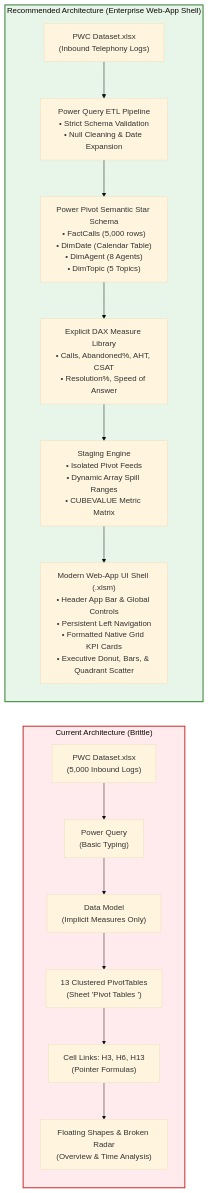
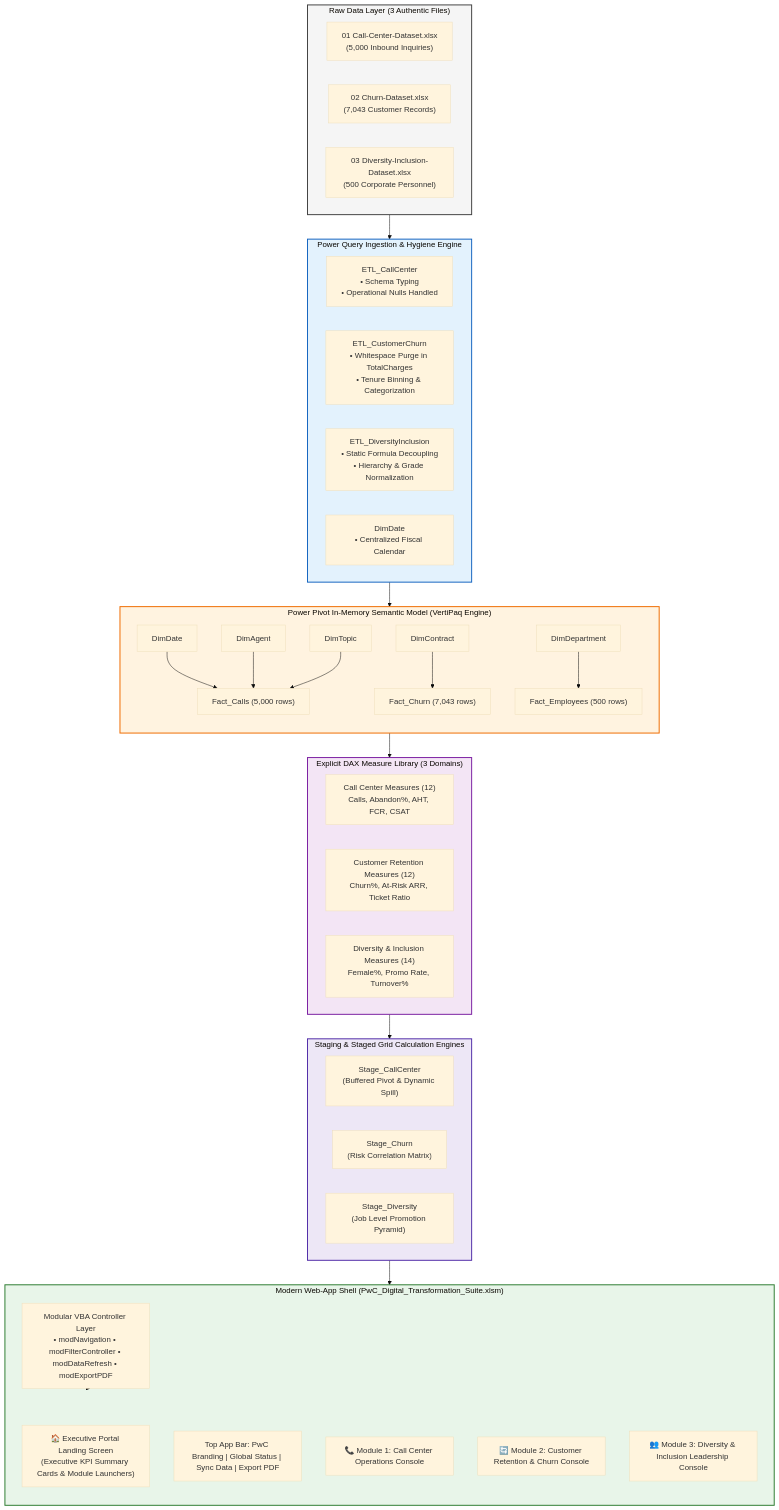
The second of 2 diagrams in 06_Projects/Call Center Performance Analysis/Dashboard Architecture Assessment.md (Sohila-Khaled-Abbas/COURSE-EXCEL-ZERO-TO-HERO), drawn with Mermaid (base theme) before and after one commit. The commit also changed other lines of this file and 15 other files, not shown here.

Commit message:
feat(auto-sync): update 06_Projects\Call Center Performance Analysis\Dashboard UX Specification.md [2026-10-01 16:26:22]

````diff
--- a/06_Projects/Call Center Performance Analysis/Dashboard Architecture Assessment.md
+++ b/06_Projects/Call Center Performance Analysis/Dashboard Architecture Assessment.md
@@ -206,23 +115,70 @@
 ```mermaid
-flowchart LR
-    subgraph CURRENT ["Current Architecture (Brittle)"]
-        direction TB
-        RAW1["PWC Dataset.xlsx\n(5,000 Inbound Logs)"] --> PQ1["Power Query\n(Basic Typing)"]
-        PQ1 --> DM1["Data Model\n(Implicit Measures Only)"]
-        DM1 --> PT1["13 Clustered PivotTables\n(Sheet 'Pivot Tables ')"]
-        PT1 --> CELL1["Cell Links: H3, H6, H13\n(Pointer Formulas)"]
-        CELL1 --> UI1["Floating Shapes & Broken Radar\n(Overview & Time Analysis)"]
+flowchart TD
+    subgraph SOURCES ["Raw Data Layer (3 Authentic Files)"]
+        S1["01 Call-Center-Dataset.xlsx\n(5,000 Inbound Inquiries)"]
+        S2["02 Churn-Dataset.xlsx\n(7,043 Customer Records)"]
+        S3["03 Diversity-Inclusion-Dataset.xlsx\n(500 Corporate Personnel)"]
     end
 
-    subgraph TARGET ["Recommended Architecture (Enterprise Web-App Shell)"]
-        direction TB
-        RAW2["PWC Dataset.xlsx\n(Inbound Telephony Logs)"] --> PQ2["Power Query ETL Pipeline\n• Strict Schema Validation\n• Null Cleaning & Date Expansion"]
-        PQ2 --> DM2["Power Pivot Semantic Star Schema\n• FactCalls (5,000 rows)\n• DimDate (Calendar Table)\n• DimAgent (8 Agents)\n• DimTopic (5 Topics)"]
-        DM2 --> DAX2["Explicit DAX Measure Library\n• Calls, Abandoned%, AHT, CSAT\n• Resolution%, Speed of Answer"]
-        DAX2 --> STAGE2["Staging Engine\n• Isolated Pivot Feeds\n• Dynamic Array Spill Ranges\n• CUBEVALUE Metric Matrix"]
-        STAGE2 --> APP2["Modern Web-App UI Shell (.xlsm)\n• Header App Bar & Global Controls\n• Persistent Left Navigation\n• Formatted Native Grid KPI Cards\n• Executive Donut, Bars, & Quadrant Scatter"]
+    subgraph PQ ["Power Query Ingestion & Hygiene Engine"]
+        Q1["ETL_CallCenter\n• Schema Typing\n• Operational Nulls Handled"]
+        Q2["ETL_CustomerChurn\n• Whitespace Purge in TotalCharges\n• Tenure Binning & Categorization"]
+        Q3["ETL_DiversityInclusion\n• Static Formula Decoupling\n• Hierarchy & Grade Normalization"]
+        Q_CAL["DimDate\n• Centralized Fiscal Calendar"]
     end
 
-    style CURRENT fill:#ffebee,stroke:#c62828,stroke-width:2px
-    style TARGET fill:#e8f5e9,stroke:#2e7d32,stroke-width:2px
+    subgraph DM ["Power Pivot In-Memory Semantic Model (VertiPaq Engine)"]
+        direction TB
+        F1["Fact_Calls (5,000 rows)"]
+        F2["Fact_Churn (7,043 rows)"]
+        F3["Fact_Employees (500 rows)"]
+        D_DATE["DimDate"]
+        D_AGENT["DimAgent"]
+        D_TOPIC["DimTopic"]
+        D_CONTRACT["DimContract"]
+        D_DEPT["DimDepartment"]
+        
+        D_DATE --> F1
+        D_AGENT --> F1
+        D_TOPIC --> F1
+        D_CONTRACT --> F2
+        D_DEPT --> F3
+    end
+
+    subgraph DAX ["Explicit DAX Measure Library (3 Domains)"]
+        M1["Call Center Measures (12)\nCalls, Abandon%, AHT, FCR, CSAT"]
+        M2["Customer Retention Measures (12)\nChurn%, At-Risk ARR, Ticket Ratio"]
+        M3["Diversity & Inclusion Measures (14)\nFemale%, Promo Rate, Turnover%"]
+    end
+
+    subgraph STAGE ["Staging & Staged Grid Calculation Engines"]
+        direction LR
+        ST1["Stage_CallCenter\n(Buffered Pivot & Dynamic Spill)"]
+        ST2["Stage_Churn\n(Risk Correlation Matrix)"]
+        ST3["Stage_Diversity\n(Job Level Promotion Pyramid)"]
+    end
+
+    subgraph UI ["Modern Web-App Shell (PwC_Digital_Transformation_Suite.xlsm)"]
+        direction TB
+        PORTAL["🏠 Executive Portal Landing Screen\n(Executive KPI Summary Cards & Module Launchers)"]
+        APP_BAR["Top App Bar: PwC Branding | Global Status | Sync Data | Export PDF"]
+        MOD1["📞 Module 1: Call Center Operations Console"]
+        MOD2["🔄 Module 2: Customer Retention & Churn Console"]
+        MOD3["👥 Module 3: Diversity & Inclusion Leadership Console"]
+        VBA["Modular VBA Controller Layer\n• modNavigation • modFilterController • modDataRefresh • modExportPDF"]
+    end
+
+    SOURCES --> PQ
+    PQ --> DM
+    DM --> DAX
+    DAX --> STAGE
+    STAGE --> UI
+    VBA -.-> UI
+
+    style SOURCES fill:#f5f5f5,stroke:#424242,stroke-width:2px
+    style PQ fill:#e3f2fd,stroke:#1565c0,stroke-width:2px
+    style DM fill:#fff3e0,stroke:#ef6c00,stroke-width:2px
+    style DAX fill:#f3e5f5,stroke:#7b1fa2,stroke-width:2px
+    style STAGE fill:#ede7f6,stroke:#512da8,stroke-width:2px
+    style UI fill:#e8f5e9,stroke:#2e7d32,stroke-width:2px
 ```
````
